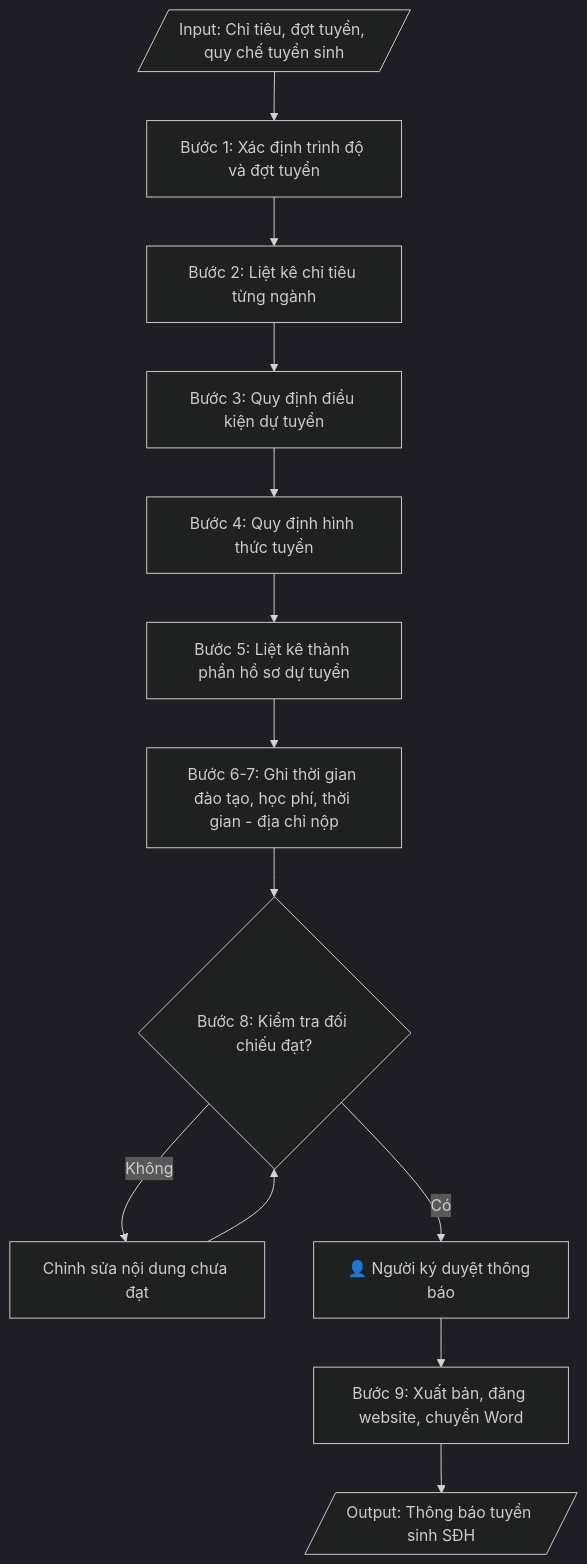
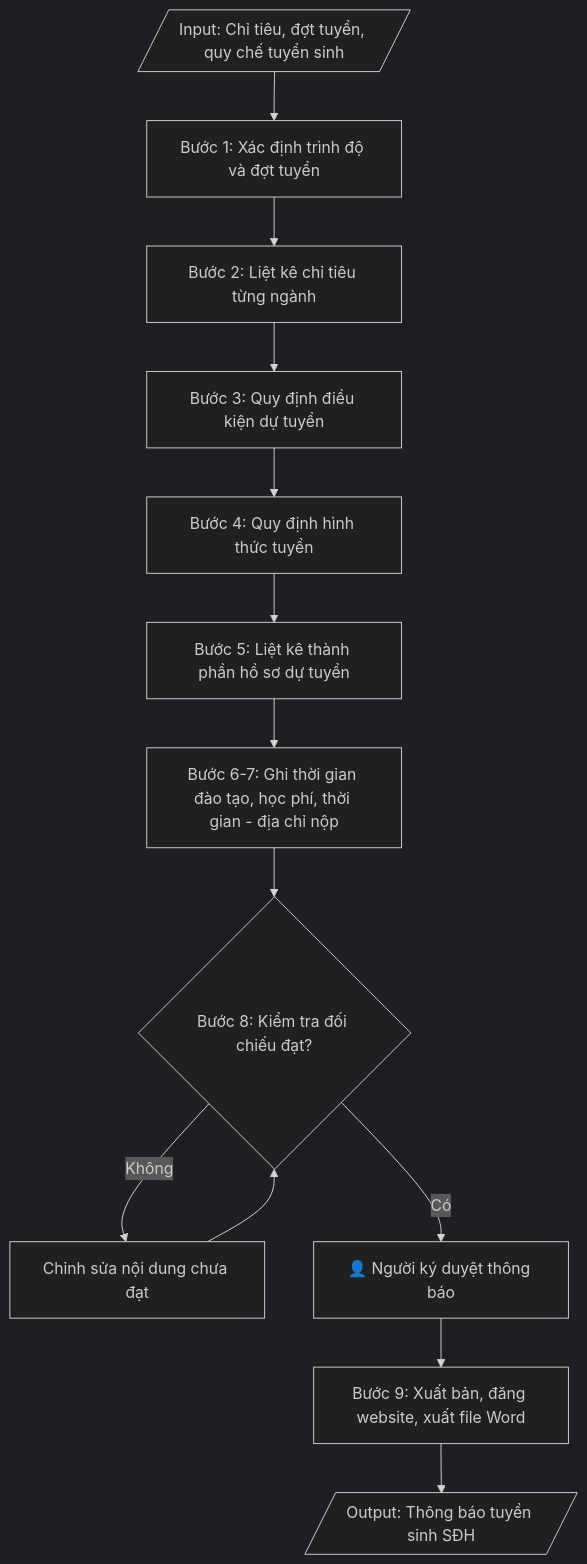
Before and after one commit to phamtruong91/dh-skills: the diagram in skills/thong-bao-tuyen-sinh-sdh/SKILL.md, drawn with Mermaid (dark theme). The commit also changed other lines of this file and 690 other files, not shown here.

````diff
--- a/skills/thong-bao-tuyen-sinh-sdh/SKILL.md
+++ b/skills/thong-bao-tuyen-sinh-sdh/SKILL.md
@@ -137,20 +143,20 @@
 ```mermaid
 flowchart TD
     IN[/"Input: Chỉ tiêu, đợt tuyển, quy chế tuyển sinh"/]
     A["Bước 1: Xác định trình độ và đợt tuyển"]
     B["Bước 2: Liệt kê chỉ tiêu từng ngành"]
     C["Bước 3: Quy định điều kiện dự tuyển"]
     D["Bước 4: Quy định hình thức tuyển"]
     E["Bước 5: Liệt kê thành phần hồ sơ dự tuyển"]
     F["Bước 6-7: Ghi thời gian đào tạo, học phí, thời gian - địa chỉ nộp"]
     G{"Bước 8: Kiểm tra đối chiếu đạt?"}
     H["Chỉnh sửa nội dung chưa đạt"]
     HG["👤 Người ký duyệt thông báo"]
-    I["Bước 9: Xuất bản, đăng website, chuyển Word"]
+    I["Bước 9: Xuất bản, đăng website, xuất file Word"]
     OUT[/"Output: Thông báo tuyển sinh SĐH"/]
 
     IN --> A --> B --> C --> D --> E --> F --> G
     G -->|Không| H
     H --> G
     G -->|Có| HG --> I --> OUT
 ```
````
